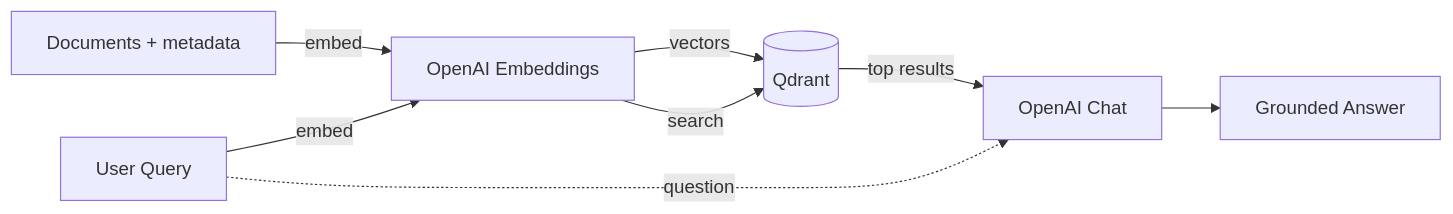
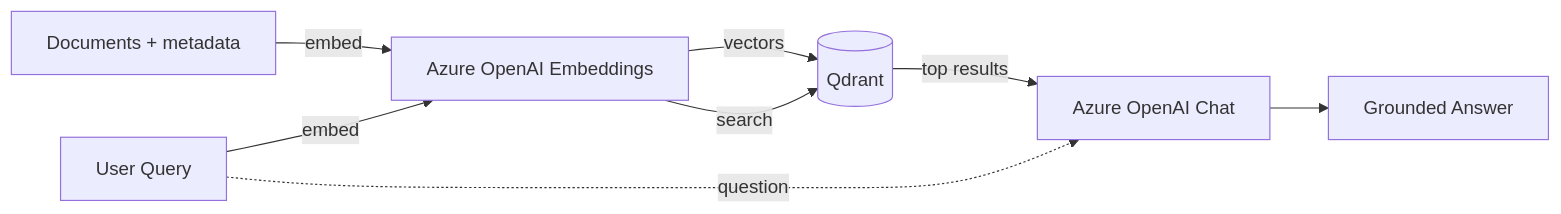
Before and after one commit to PeterMilovcik/Qdrant.Demo: the diagram in README.md, drawn with Mermaid. The commit also changed other lines of this file and 25 other files, not shown here.

First line of the commit message:
feat: Update workshop to use Azure OpenAI instead of OpenAI

````diff
--- a/README.md
+++ b/README.md
@@ -9,10 +9,10 @@
 ```mermaid
 flowchart LR
-    T["Documents + metadata"] -->|embed| EMB["OpenAI Embeddings"]
+    T["Documents + metadata"] -->|embed| EMB["Azure OpenAI Embeddings"]
     EMB -->|vectors| QD[("Qdrant")]
     UQ["User Query"] -->|embed| EMB
     EMB -->|search| QD
-    QD -->|top results| LLM["OpenAI Chat"]
+    QD -->|top results| LLM["Azure OpenAI Chat"]
     UQ -.->|question| LLM
     LLM --> A["Grounded Answer"]
 ```
````
